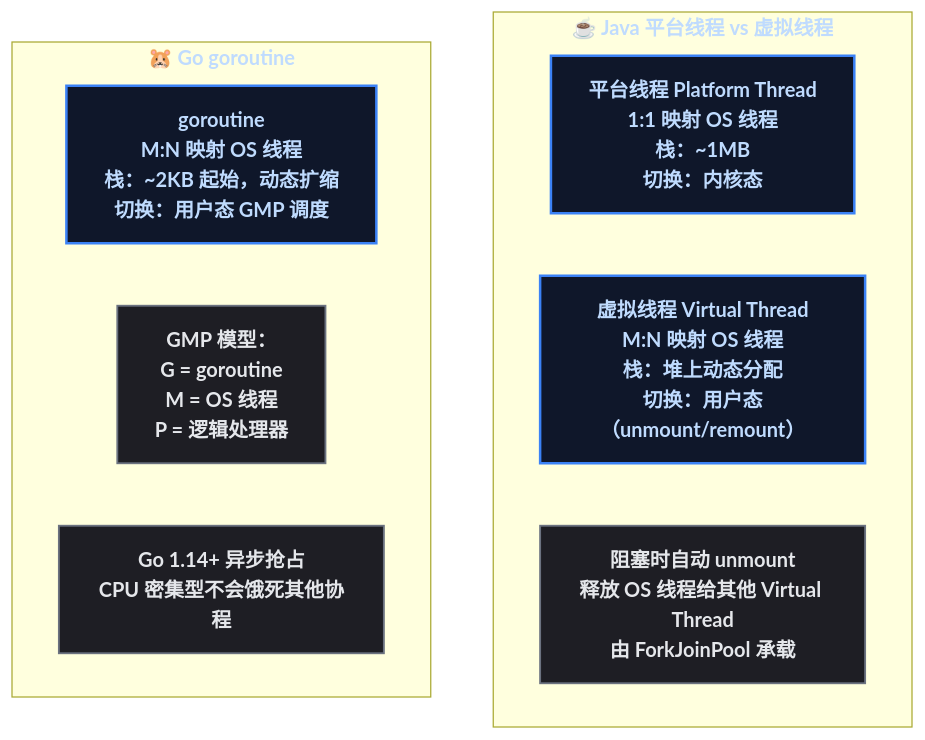
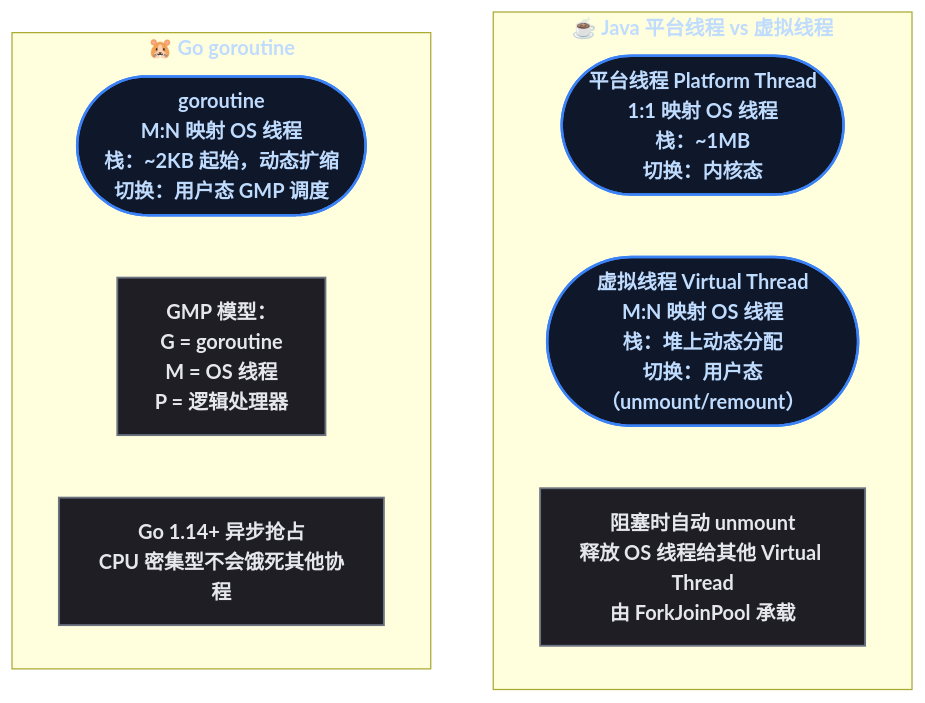
One commit to yaocat55/yaocat55.github.io changed the first of 3 diagrams in content/posts/go/GoConcurrency.md. Above: the diagram before and after it, drawn with Mermaid. The commit also changed other lines of this file and 14 other files, not shown here.

````diff
--- a/content/posts/go/GoConcurrency.md
+++ b/content/posts/go/GoConcurrency.md
@@ -129,20 +82,20 @@
 ```mermaid
 flowchart TD
     subgraph JavaPlatform["☕ Java 平台线程 vs 虚拟线程"]
-        JT["平台线程 Platform Thread\n1:1 映射 OS 线程\n栈：~1MB\n切换：内核态"]
-        JVT["虚拟线程 Virtual Thread\nM:N 映射 OS 线程\n栈：堆上动态分配\n切换：用户态（unmount/remount）"]
+        JT(["平台线程 Platform Thread\n1:1 映射 OS 线程\n栈：~1MB\n切换：内核态"])
+        JVT(["虚拟线程 Virtual Thread\nM:N 映射 OS 线程\n栈：堆上动态分配\n切换：用户态（unmount/remount）"])
         JVT2["阻塞时自动 unmount\n释放 OS 线程给其他 Virtual Thread\n由 ForkJoinPool 承载"]
     end
     
     subgraph GoPlatform["🐹 Go goroutine"]
-        GG["goroutine\nM:N 映射 OS 线程\n栈：~2KB 起始，动态扩缩\n切换：用户态 GMP 调度"]
+        GG(["goroutine\nM:N 映射 OS 线程\n栈：~2KB 起始，动态扩缩\n切换：用户态 GMP 调度"])
         GG2["GMP 模型：\nG = goroutine\nM = OS 线程\nP = 逻辑处理器"]
         GG3["Go 1.14+ 异步抢占\nCPU 密集型不会饿死其他协程"]
     end
     
 classDef root fill:#0f172a,stroke:#3b82f6,stroke-width:2px,color:#bfdbfe,font-weight:bold;
 classDef leaf fill:#1e1e24,stroke:#6b7280,stroke-width:1.5px,color:#e5e7eb;
     
     class JT,JVT,GG root
     class JVT2,GG2,GG3 leaf
 ```
````
